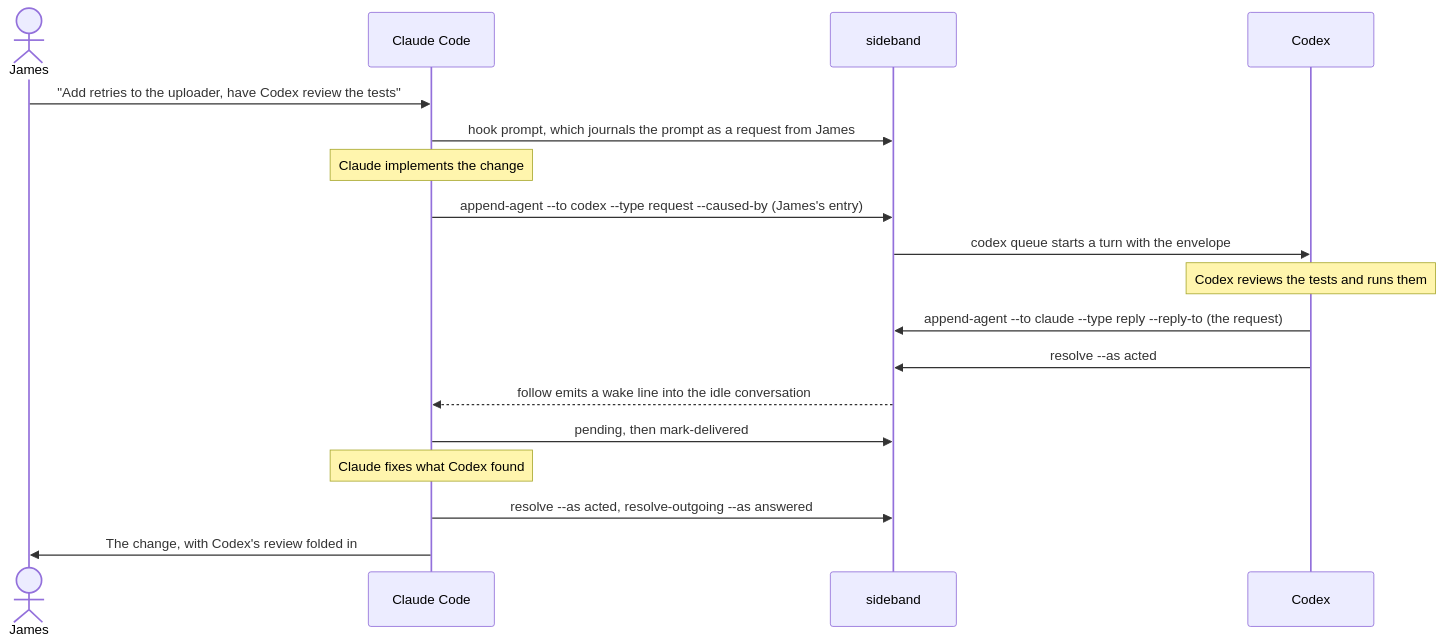
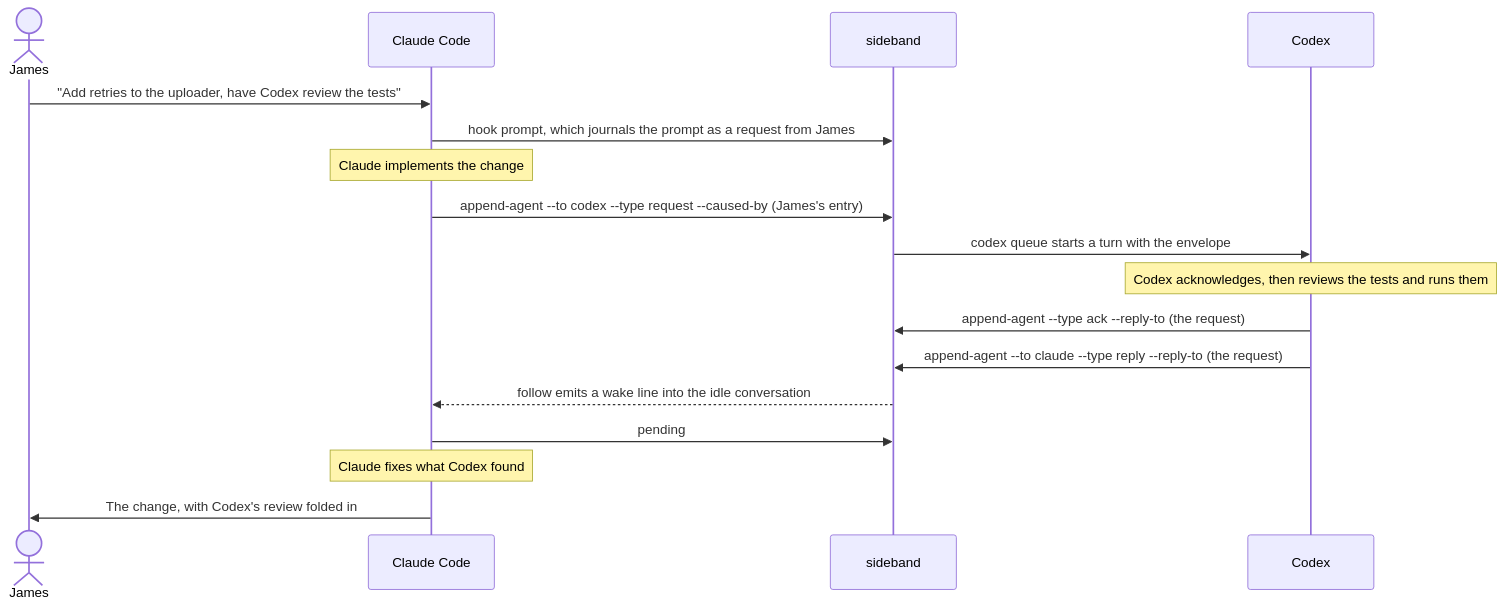
One commit to moltenbits/sideband changed the second of 3 diagrams in README.md. Above: the diagram before and after it, drawn with Mermaid. The commit also changed other lines of this file and 64 other files, not shown here.

````diff
--- a/README.md
+++ b/README.md
@@ -109,21 +111,20 @@
 ```mermaid
 sequenceDiagram
     actor James
     participant Claude as Claude Code
     participant SB as sideband
     participant Codex
 
     James->>Claude: "Add retries to the uploader, have Codex review the tests"
     Claude->>SB: hook prompt, which journals the prompt as a request from James
     Note over Claude: Claude implements the change
     Claude->>SB: append-agent --to codex --type request --caused-by (James's entry)
     SB->>Codex: codex queue starts a turn with the envelope
-    Note over Codex: Codex reviews the tests and runs them
+    Note over Codex: Codex acknowledges, then reviews the tests and runs them
+    Codex->>SB: append-agent --type ack --reply-to (the request)
     Codex->>SB: append-agent --to claude --type reply --reply-to (the request)
-    Codex->>SB: resolve --as acted
     SB-->>Claude: follow emits a wake line into the idle conversation
-    Claude->>SB: pending, then mark-delivered
+    Claude->>SB: pending
     Note over Claude: Claude fixes what Codex found
-    Claude->>SB: resolve --as acted, resolve-outgoing --as answered
     Claude->>James: The change, with Codex's review folded in
 ```
````
